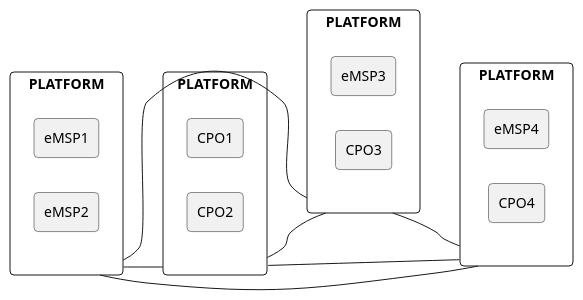
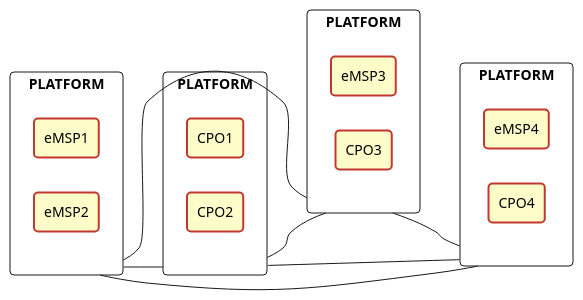
The diagram in docs/03-supported-topologies/07-multiple-peer-to-peer.md (aasanchez/ev-protocols), drawn with PlantUML before and after one commit. The commit also changed 10 other files, not shown here.

Commit message:
Improving uml charts

````diff
--- a/docs/03-supported-topologies/07-multiple-peer-to-peer.md
+++ b/docs/03-supported-topologies/07-multiple-peer-to-peer.md
@@ -12,40 +12,45 @@
 ```plantuml
 @startuml
 
 skinparam agentRoundCorner 8
 skinparam rectangleRoundCorner 8
 skinparam rectangleRoundCorner 8
 
+skinparam agent {
+  BackgroundColor   #fefdca
+  BorderColor       #c13830
+  BorderThickness   2
+  roundCorner       8
+}
+
 left to right direction
-
   rectangle PLATFORM as MSPP1 {
     agent eMSP1
     agent eMSP2
   }
 
   rectangle PLATFORM as CPOP1 {
     agent CPO1
     agent CPO2
   }
 
 
   rectangle PLATFORM as CPOMSP1 {
     agent eMSP3
     agent CPO3
   }
 
   rectangle PLATFORM as CPOMSP2 {
     agent eMSP4
     agent CPO4
   }
 
 
 MSPP1 -- CPOP1
 MSPP1 -- CPOMSP1
+CPOP1 -- CPOMSP2
+CPOMSP1 -- CPOMSP2
 MSPP1 -- CPOMSP2
 CPOP1 -- CPOMSP1
-CPOP1 -- CPOMSP2
-CPOMSP1 -- CPOMSP2
-
 @enduml
 ```
````
